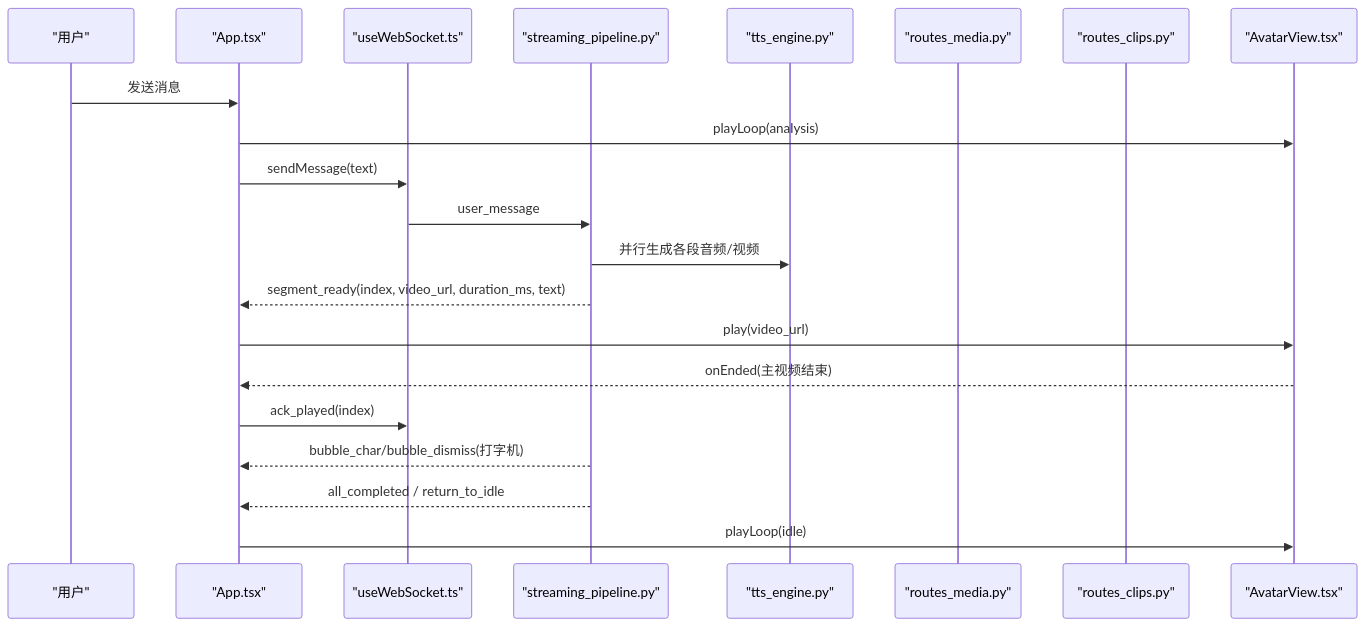
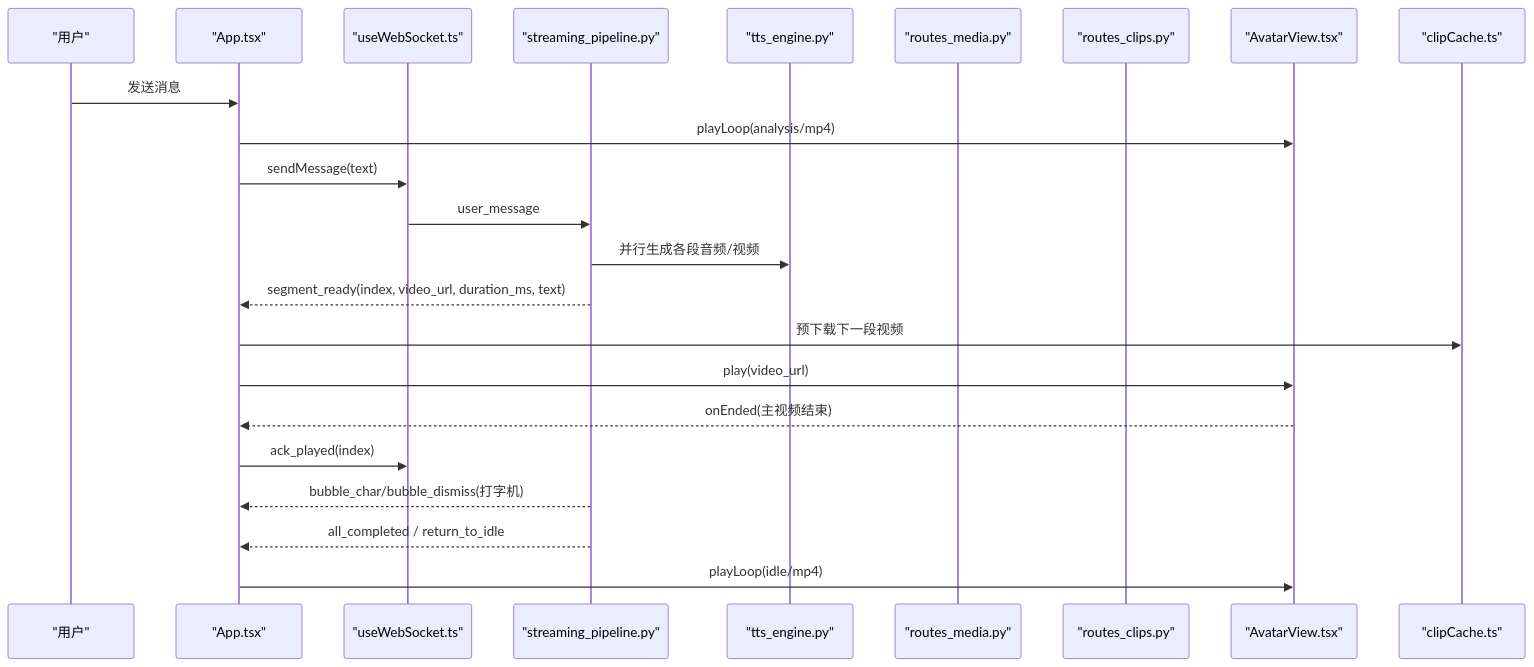
Before and after one commit to leo21cn/real-time-talk: the second of 6 diagrams in .qoder/repowiki/zh/content/前端应用/虚拟形象系统.md, drawn with Mermaid. The commit also changed other lines of this file and 9 other files, not shown here.

````diff
--- a/.qoder/repowiki/zh/content/前端应用/虚拟形象系统.md
+++ b/.qoder/repowiki/zh/content/前端应用/虚拟形象系统.md
@@ -98,23 +116,25 @@
 ```mermaid
 sequenceDiagram
 participant U as "用户"
 participant APP as "App.tsx"
 participant WS as "useWebSocket.ts"
 participant PIPE as "streaming_pipeline.py"
 participant TTS as "tts_engine.py"
 participant MEDIA as "routes_media.py"
 participant CLIPS as "routes_clips.py"
 participant AV as "AvatarView.tsx"
+participant CACHE as "clipCache.ts"
 U->>APP : 发送消息
-APP->>AV : playLoop(analysis)
+APP->>AV : playLoop(analysis/mp4)
 APP->>WS : sendMessage(text)
 WS->>PIPE : user_message
 PIPE->>TTS : 并行生成各段音频/视频
 PIPE-->>APP : segment_ready(index, video_url, duration_ms, text)
+APP->>CACHE : 预下载下一段视频
 APP->>AV : play(video_url)
 AV-->>APP : onEnded(主视频结束)
 APP->>WS : ack_played(index)
 PIPE-->>APP : bubble_char/bubble_dismiss(打字机)
 PIPE-->>APP : all_completed / return_to_idle
-APP->>AV : playLoop(idle)
+APP->>AV : playLoop(idle/mp4)
 ```
````
